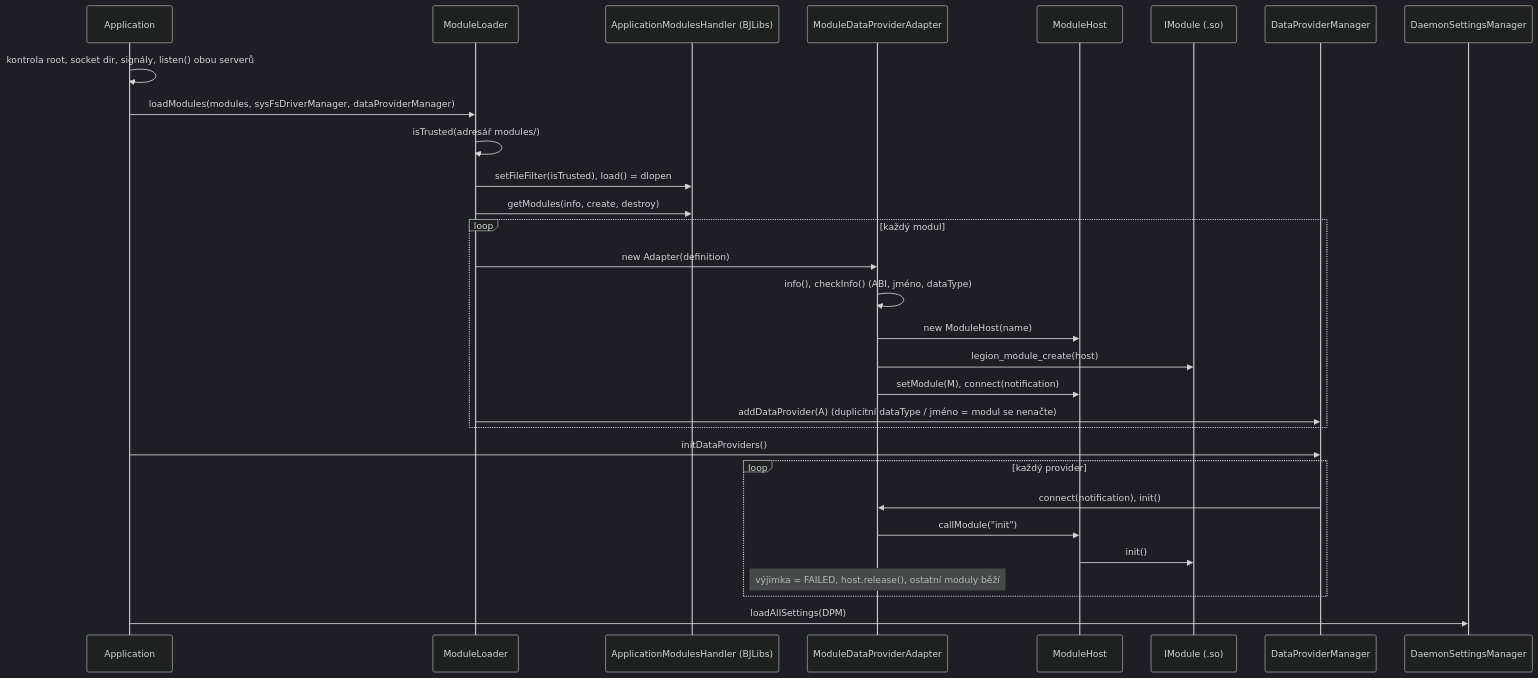
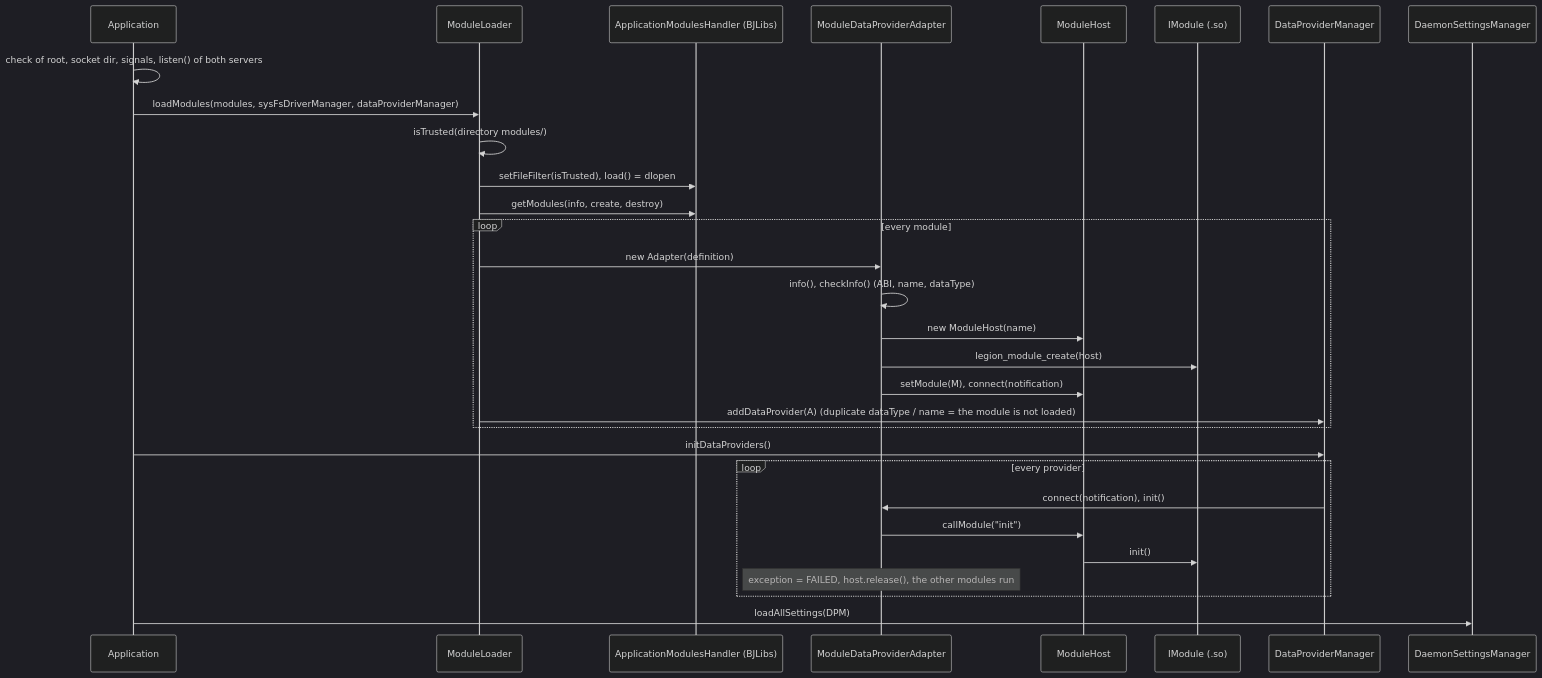
Before and after one commit to bolekjar/lenovo-legion-linux-toolkit: the third of 7 diagrams in LenovoLegion/LenovoLegion-Daemon/ModulesDesign.md, drawn with Mermaid (dark theme). The commit also changed other lines of this file and 2 other files, not shown here.

````diff
--- a/LenovoLegion/LenovoLegion-Daemon/ModulesDesign.md
+++ b/LenovoLegion/LenovoLegion-Daemon/ModulesDesign.md
@@ -815,33 +815,33 @@
 ```mermaid
 sequenceDiagram
     participant App as Application
     participant ML as ModuleLoader
     participant BJ as ApplicationModulesHandler (BJLibs)
     participant A as ModuleDataProviderAdapter
     participant H as ModuleHost
     participant M as IModule (.so)
     participant DPM as DataProviderManager
     participant DSM as DaemonSettingsManager
 
-    App->>App: kontrola root, socket dir, signály, listen() obou serverů
+    App->>App: check of root, socket dir, signals, listen() of both servers
     App->>ML: loadModules(modules, sysFsDriverManager, dataProviderManager)
-    ML->>ML: isTrusted(adresář modules/)
+    ML->>ML: isTrusted(directory modules/)
     ML->>BJ: setFileFilter(isTrusted), load() = dlopen
     ML->>BJ: getModules(info, create, destroy)
-    loop každý modul
+    loop every module
         ML->>A: new Adapter(definition)
-        A->>A: info(), checkInfo() (ABI, jméno, dataType)
+        A->>A: info(), checkInfo() (ABI, name, dataType)
         A->>H: new ModuleHost(name)
         A->>M: legion_module_create(host)
         A->>H: setModule(M), connect(notification)
-        ML->>DPM: addDataProvider(A) (duplicitní dataType / jméno = modul se nenačte)
+        ML->>DPM: addDataProvider(A) (duplicate dataType / name = the module is not loaded)
     end
     App->>DPM: initDataProviders()
-    loop každý provider
+    loop every provider
         DPM->>A: connect(notification), init()
         A->>H: callModule("init")
         H->>M: init()
-        Note over A: výjimka = FAILED, host.release(), ostatní moduly běží
+        Note over A: exception = FAILED, host.release(), the other modules run
     end
     App->>DSM: loadAllSettings(DPM)
 ```
````
